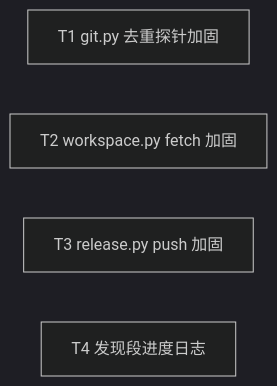
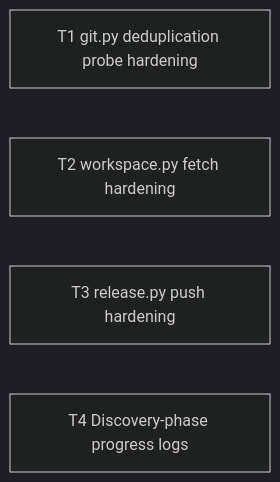
The diagram in docs/specs/0035-git-net-timeout-and-discovery-progress.md (Curry09/OpenAgents), drawn with Mermaid (dark theme) before and after one commit. The commit also changed other lines of this file and 461 other files, not shown here.

````diff
--- a/docs/specs/0035-git-net-timeout-and-discovery-progress.md
+++ b/docs/specs/0035-git-net-timeout-and-discovery-progress.md
@@ -216,7 +170,7 @@
 ```mermaid
 graph LR
-  T1[T1 git.py 去重探针加固]
-  T2[T2 workspace.py fetch 加固]
-  T3[T3 release.py push 加固]
-  T4[T4 发现段进度日志]
+  T1[T1 git.py deduplication probe hardening]
+  T2[T2 workspace.py fetch hardening]
+  T3[T3 release.py push hardening]
+  T4[T4 Discovery-phase progress logs]
 ```
````
